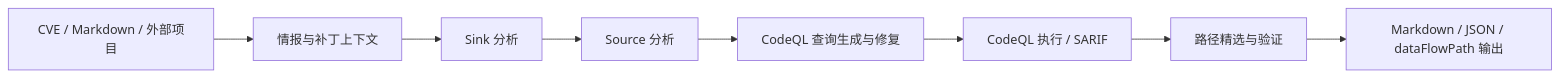
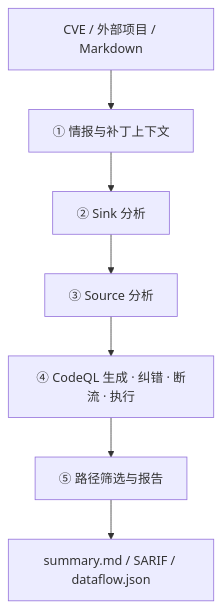
Before and after one commit to Fruit-Guardians/PureAutoCodeql: the diagram in README.md, drawn with Mermaid. The commit also changed other lines of this file and 2 other files, not shown here.

First line of the commit message:
docs: polish README around product purpose and architecture diagram

````diff
--- a/README.md
+++ b/README.md
@@ -34,10 +69,9 @@
 ```mermaid
-flowchart LR
-    A["CVE / Markdown / 外部项目"] --> B["情报与补丁上下文"]
-    B --> C["Sink 分析"]
-    C --> D["Source 分析"]
-    D --> E["CodeQL 查询生成与修复"]
-    E --> F["CodeQL 执行 / SARIF"]
-    F --> G["路径精选与验证"]
-    G --> H["Markdown / JSON / dataFlowPath 输出"]
+flowchart TB
+    A[CVE / 外部项目 / Markdown] --> B[① 情报与补丁上下文]
+    B --> C[② Sink 分析]
+    C --> D[③ Source 分析]
+    D --> E[④ CodeQL 生成 · 纠错 · 断流 · 执行]
+    E --> F[⑤ 路径筛选与报告]
+    F --> G[summary.md / SARIF / dataflow.json]
 ```
````
